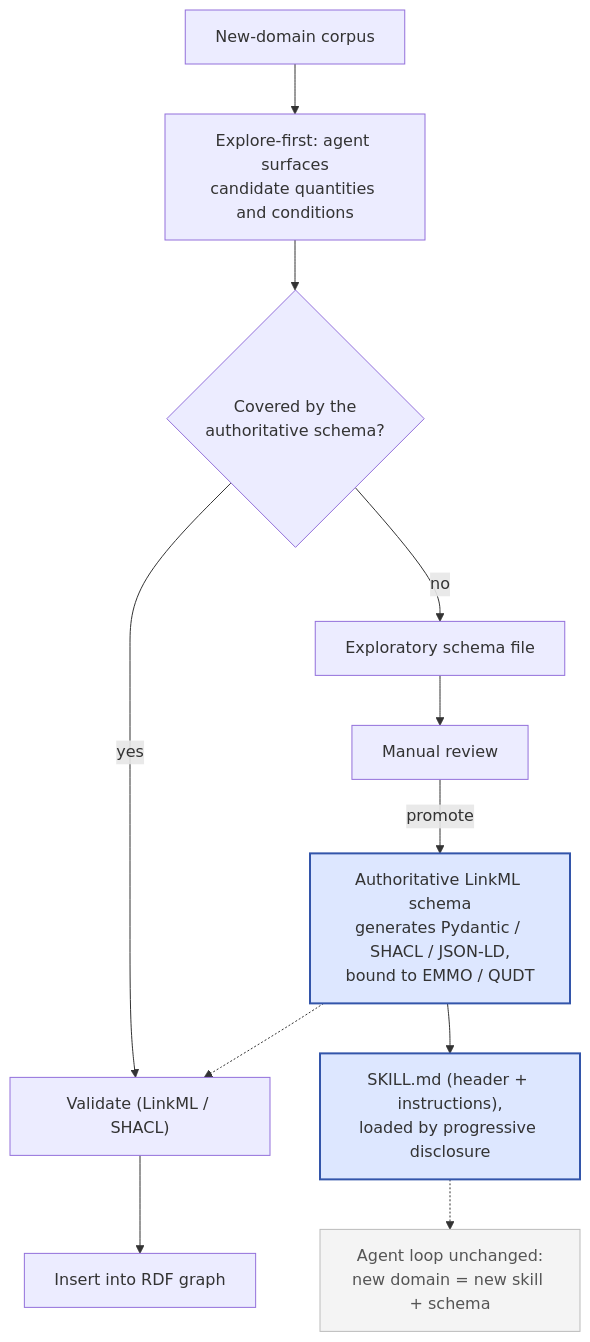
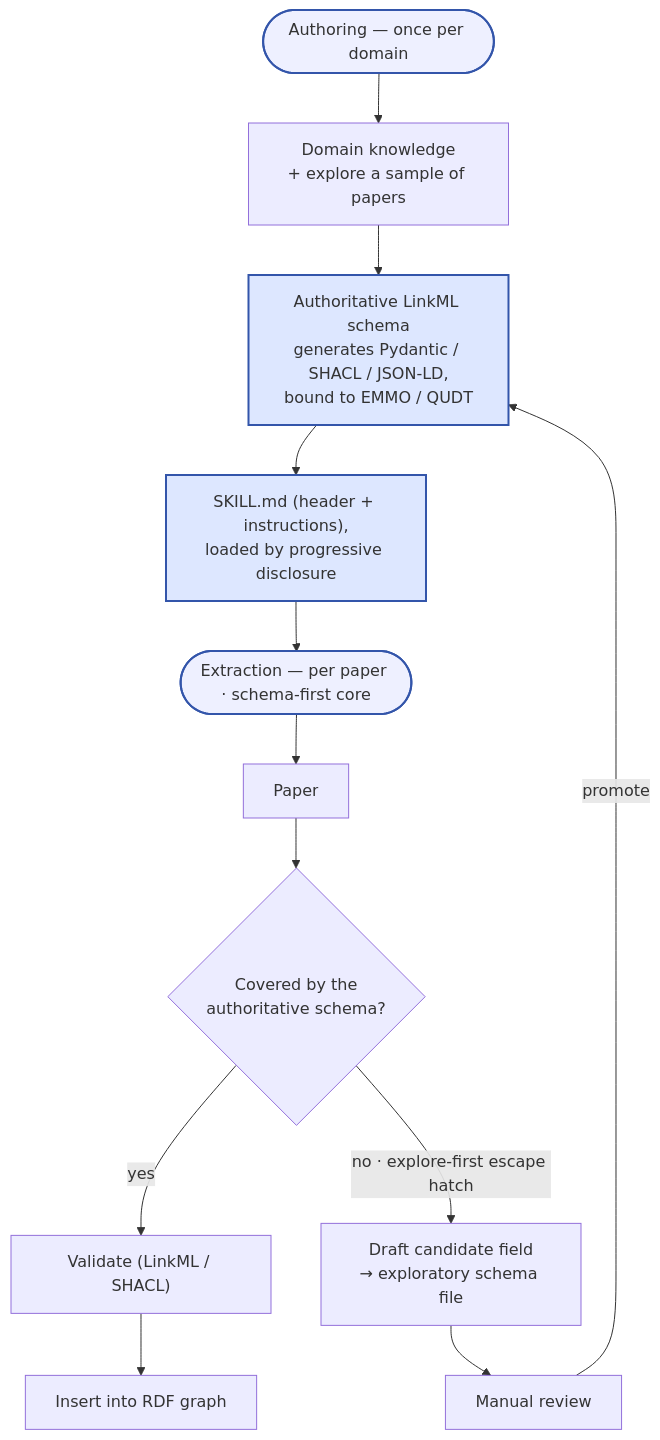
The diagram in report/figures/skill-mechanism.mmd (sleipnir029/palimpsest), drawn with Mermaid before and after one commit. The commit also changed 9 other files, not shown here.

First line of the commit message:
docs(report): fix schema-first vs explore-first figure/prose contradiction

```diff
--- a/report/figures/skill-mechanism.mmd
+++ b/report/figures/skill-mechanism.mmd
@@ -1,18 +1,23 @@
 flowchart TB
-    CORP["New-domain corpus"]
-    EXP["Explore-first: agent surfaces<br/>candidate quantities and conditions"]
-    CORP --> EXP
+    A0(["Authoring — once per domain"]):::phase
+    DK["Domain knowledge<br/>+ explore a sample of papers"]
+    SCH["Authoritative LinkML schema<br/>generates Pydantic / SHACL / JSON-LD,<br/>bound to EMMO / QUDT"]
+    SKILL["SKILL.md (header + instructions),<br/>loaded by progressive disclosure"]
+    A0 --> DK --> SCH --> SKILL
+
+    B0(["Extraction — per paper · schema-first core"]):::phase
+    PAPER["Paper"]
     DEC{"Covered by the<br/>authoritative schema?"}
-    EXP --> DEC
-    DEC -->|yes| VAL["Validate (LinkML / SHACL)"]
-    VAL --> INS["Insert into RDF graph"]
-    DEC -->|no| EXPL["Exploratory schema file"]
-    EXPL --> REV["Manual review"]
-    REV -->|promote| SCH["Authoritative LinkML schema<br/>generates Pydantic / SHACL / JSON-LD,<br/>bound to EMMO / QUDT"]
-    SCH -.-> VAL
-    SCH --> SKILL["SKILL.md (header + instructions),<br/>loaded by progressive disclosure"]
-    SKILL -.-> NOTE["Agent loop unchanged:<br/>new domain = new skill + schema"]
+    VAL["Validate (LinkML / SHACL)"]
+    INS["Insert into RDF graph"]
+    EXPL["Draft candidate field<br/>→ exploratory schema file"]
+    REV["Manual review"]
+    SKILL --> B0
+    B0 --> PAPER --> DEC
+    DEC -->|yes| VAL --> INS
+    DEC -->|"no · explore-first escape hatch"| EXPL --> REV
+    REV -->|promote| SCH
+
+    classDef phase fill:#eef0ff,stroke:#3355aa,stroke-width:2px
     classDef hi fill:#dde7ff,stroke:#3355aa,stroke-width:2px
-    classDef note fill:#f4f4f4,stroke:#bbb,color:#555
     class SCH,SKILL hi
-    class NOTE note
```
